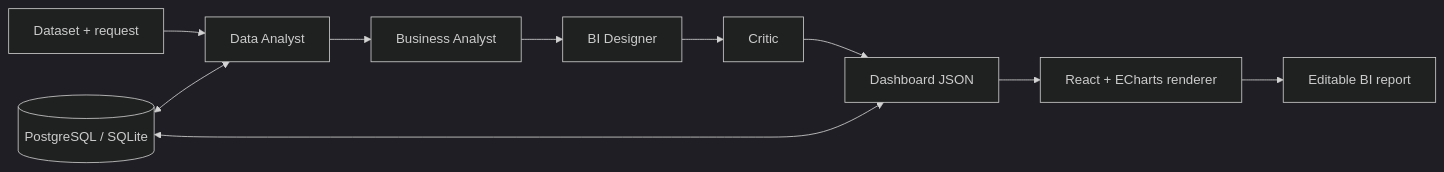
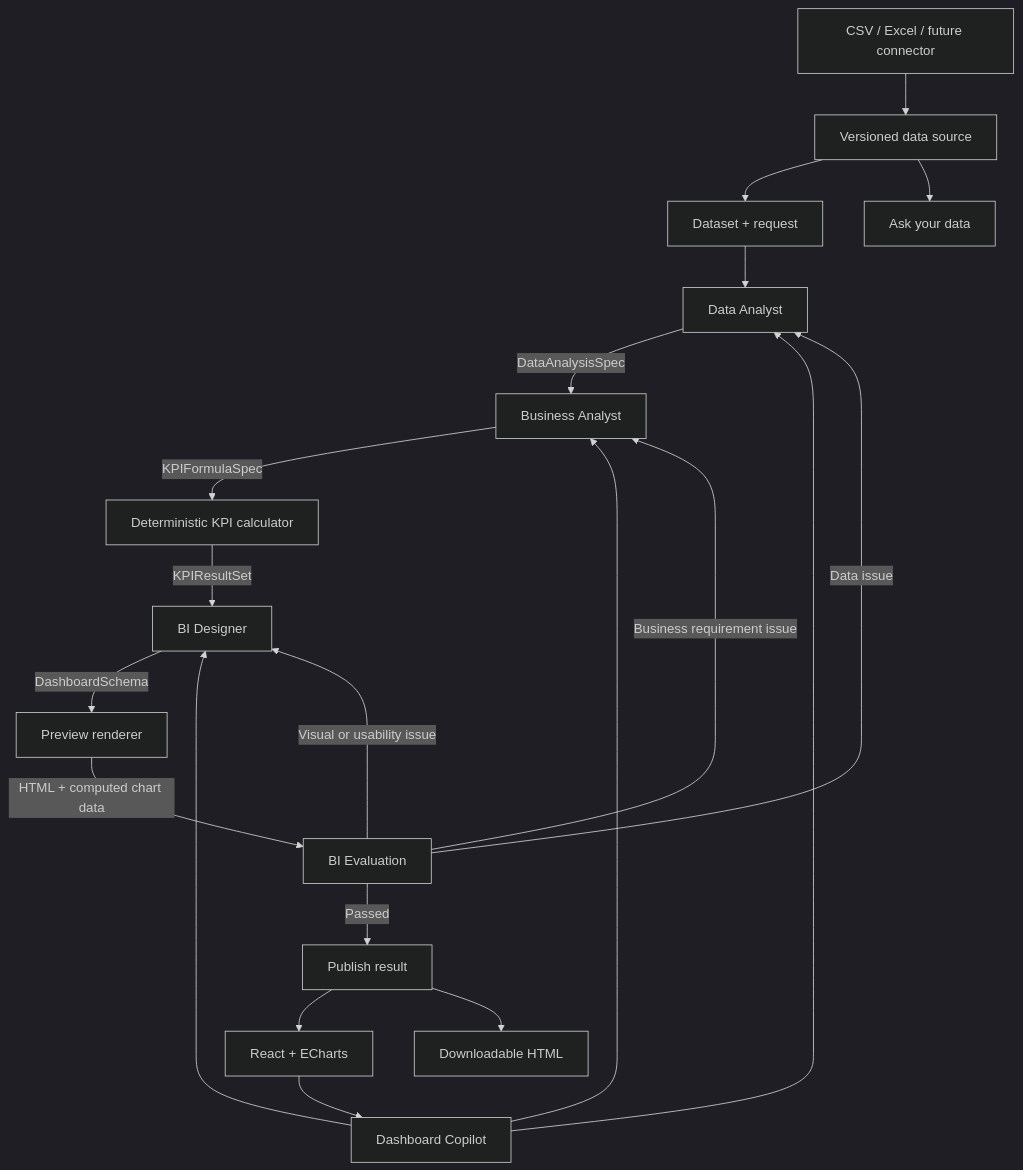
One commit to raw012/Text2BI changed the diagram in README.md. Above: the diagram before and after it, drawn with Mermaid (dark theme). The commit also changed other lines of this file, not shown here.

Commit message:
docs: document persistent workspace and data lifecycle

````diff
--- a/README.md
+++ b/README.md
@@ -15,12 +34,22 @@
 ```mermaid
-flowchart LR
-  U[Dataset + request] --> D[Data Analyst]
-  D --> B[Business Analyst]
-  B --> I[BI Designer]
-  I --> C[Critic]
-  C --> J[Dashboard JSON]
-  J --> R[React + ECharts renderer]
-  R --> E[Editable BI report]
-  P[(PostgreSQL / SQLite)] <--> D
-  P <--> J
+flowchart TD
+  S[CSV / Excel / future connector] --> V[Versioned data source]
+  V --> U[Dataset + request]
+  V --> Q[Ask your data]
+  U --> D[Data Analyst]
+  D -->|DataAnalysisSpec| B[Business Analyst]
+  B -->|KPIFormulaSpec| K[Deterministic KPI calculator]
+  K -->|KPIResultSet| I[BI Designer]
+  I -->|DashboardSchema| R[Preview renderer]
+  R -->|HTML + computed chart data| E[BI Evaluation]
+  E -->|Passed| P[Publish result]
+  E -->|Visual or usability issue| I
+  E -->|Business requirement issue| B
+  E -->|Data issue| D
+  P --> F[React + ECharts]
+  P --> H[Downloadable HTML]
+  F --> C[Dashboard Copilot]
+  C --> D
+  C --> B
+  C --> I
 ```
````
